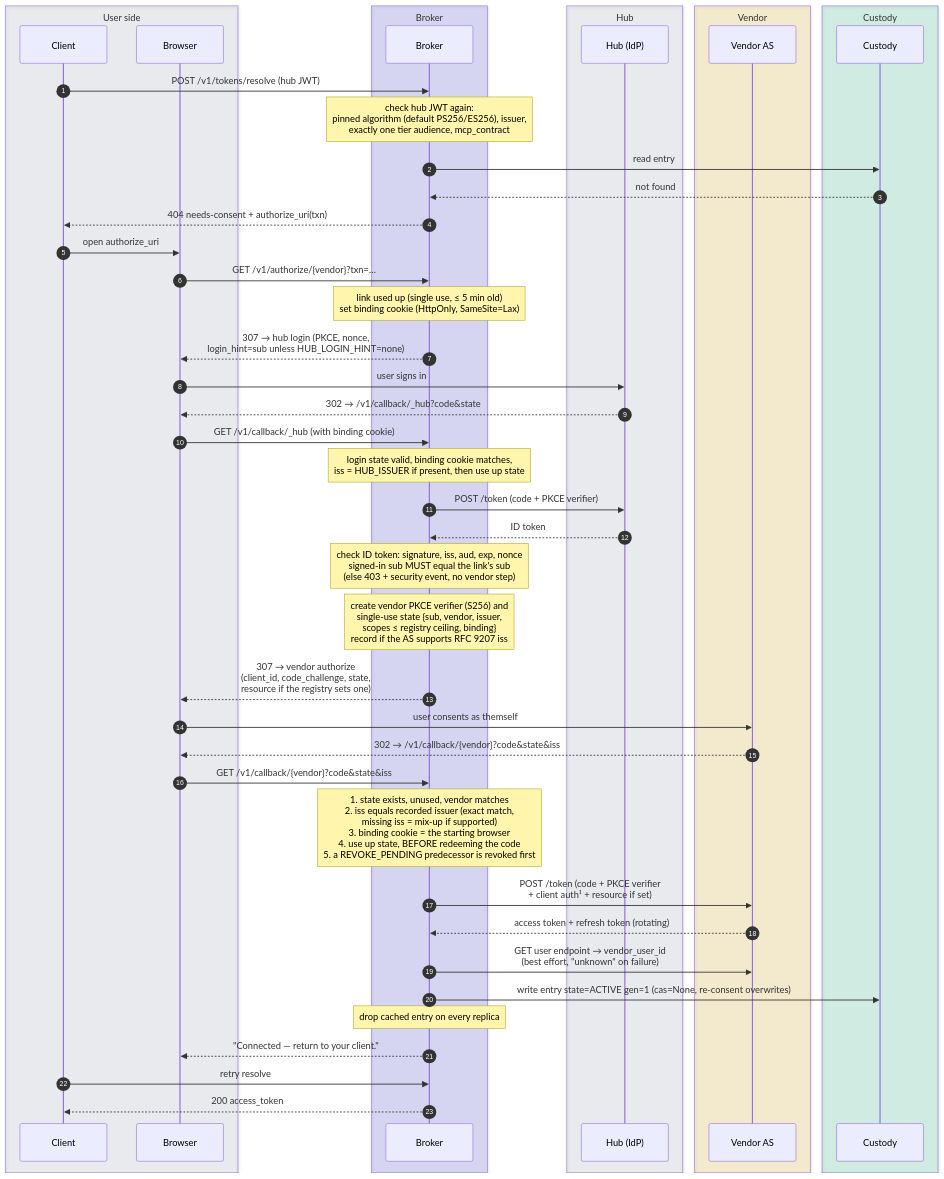
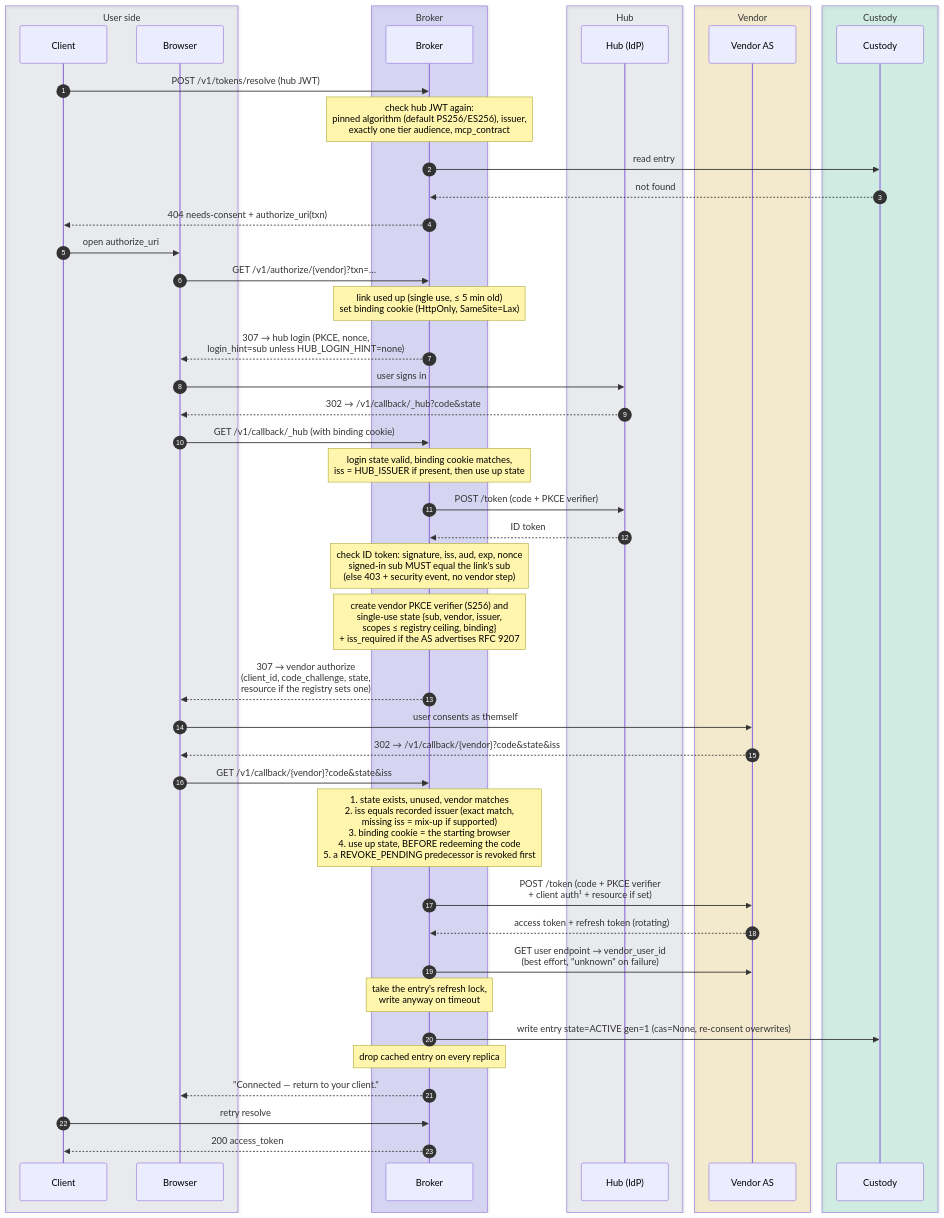
The second of 11 diagrams in docs/token-lifecycle.md (chief-builder/vendor-token-broker), drawn with Mermaid before and after one commit. The commit also changed other lines of this file and 15 other files, not shown here.

````diff
--- a/docs/token-lifecycle.md
+++ b/docs/token-lifecycle.md
@@ -83,51 +87,52 @@
 ```mermaid
 sequenceDiagram
     autonumber
     box rgba(148,163,184,0.14) User side
         participant C as Client
         participant UA as Browser
     end
     box rgba(99,102,241,0.20) Broker
         participant B as Broker
     end
     box rgba(148,163,184,0.14) Hub
         participant H as Hub (IdP)
     end
     box rgba(234,179,8,0.16) Vendor
         participant V as Vendor AS
     end
     box rgba(16,185,129,0.16) Custody
         participant K as Custody
     end
 
     C->>B: POST /v1/tokens/resolve (hub JWT)
     Note over B: check hub JWT again:<br/>pinned algorithm (default PS256/ES256), issuer,<br/>exactly one tier audience, mcp_contract
     B->>K: read entry
     K-->>B: not found
     B-->>C: 404 needs-consent + authorize_uri(txn)
     C->>UA: open authorize_uri
     UA->>B: GET /v1/authorize/{vendor}?txn=…
     Note over B: link used up (single use, ≤ 5 min old)<br/>set binding cookie (HttpOnly, SameSite=Lax)
     B-->>UA: 307 → hub login (PKCE, nonce,<br/>login_hint=sub unless HUB_LOGIN_HINT=none)
     UA->>H: user signs in
     H-->>UA: 302 → /v1/callback/_hub?code&state
     UA->>B: GET /v1/callback/_hub (with binding cookie)
     Note over B: login state valid, binding cookie matches,<br/>iss = HUB_ISSUER if present, then use up state
     B->>H: POST /token (code + PKCE verifier)
     H-->>B: ID token
     Note over B: check ID token: signature, iss, aud, exp, nonce<br/>signed-in sub MUST equal the link's sub<br/>(else 403 + security event, no vendor step)
-    Note over B: create vendor PKCE verifier (S256) and<br/>single-use state {sub, vendor, issuer,<br/>scopes ≤ registry ceiling, binding}<br/>record if the AS supports RFC 9207 iss
+    Note over B: create vendor PKCE verifier (S256) and<br/>single-use state {sub, vendor, issuer,<br/>scopes ≤ registry ceiling, binding}<br/>+ iss_required if the AS advertises RFC 9207
     B-->>UA: 307 → vendor authorize<br/>(client_id, code_challenge, state,<br/>resource if the registry sets one)
     UA->>V: user consents as themself
     V-->>UA: 302 → /v1/callback/{vendor}?code&state&iss
     UA->>B: GET /v1/callback/{vendor}?code&state&iss
     Note over B: 1. state exists, unused, vendor matches<br/>2. iss equals recorded issuer (exact match,<br/>   missing iss = mix-up if supported)<br/>3. binding cookie = the starting browser<br/>4. use up state, BEFORE redeeming the code<br/>5. a REVOKE_PENDING predecessor is revoked first
     B->>V: POST /token (code + PKCE verifier<br/>+ client auth¹ + resource if set)
     V-->>B: access token + refresh token (rotating)
     B->>V: GET user endpoint → vendor_user_id<br/>(best effort, "unknown" on failure)
+    Note over B: take the entry's refresh lock,<br/>write anyway on timeout
     B->>K: write entry state=ACTIVE gen=1 (cas=None, re-consent overwrites)
     Note over B: drop cached entry on every replica
     B-->>UA: "Connected — return to your client."
     C->>B: retry resolve
     B-->>C: 200 access_token
 ```
````
